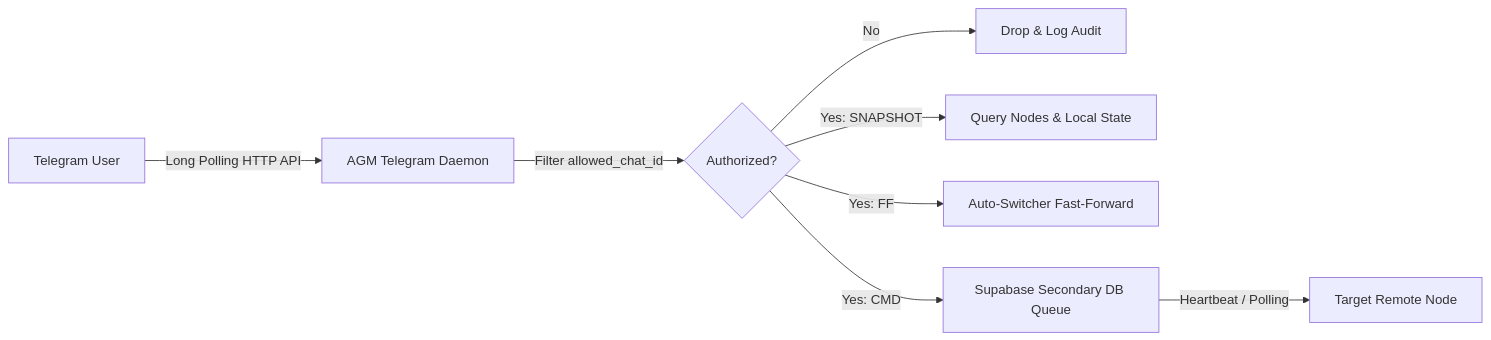
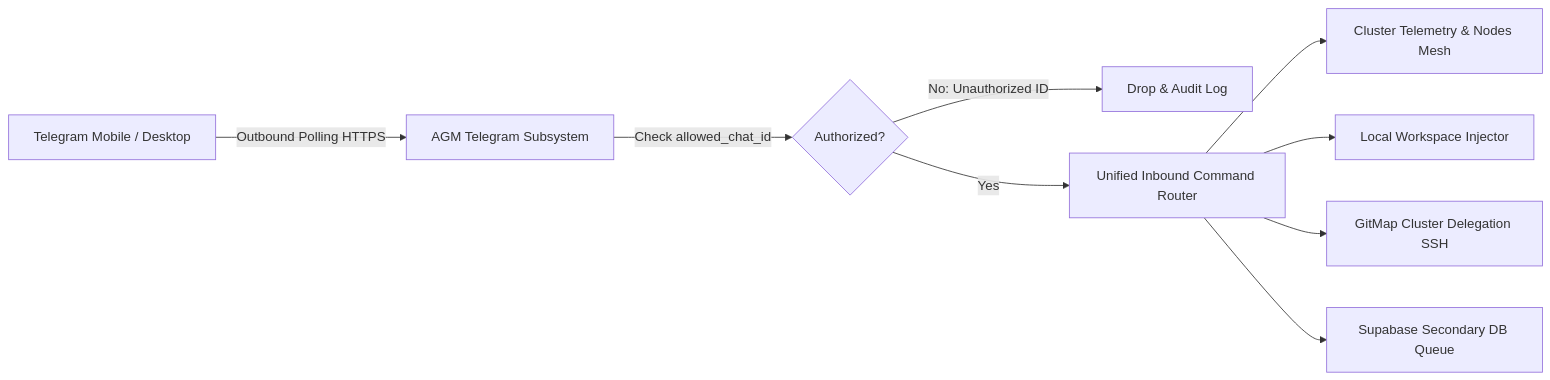
One commit to alimtvnetwork/Antigravity-Manager changed the diagram in docs/telegram-bot-guide.md. Above: the diagram before and after it, drawn with Mermaid. The commit also changed other lines of this file and 32 other files, not shown here.

Commit message:
feat(installer,telegram): eliminate upstream fork fallback, add cluster vm nodes, scoped prompts, and 4k chunking v4.83.0

````diff
--- a/docs/telegram-bot-guide.md
+++ b/docs/telegram-bot-guide.md
@@ -133,10 +124,11 @@
 ```mermaid
 flowchart LR
-    A[Telegram User] -->|Long Polling HTTP API| B[AGM Telegram Daemon]
-    B -->|Filter allowed_chat_id| C{Authorized?}
-    C -->|No| D[Drop & Log Audit]
-    C -->|Yes: SNAPSHOT| E[Query Nodes & Local State]
-    C -->|Yes: FF| F[Auto-Switcher Fast-Forward]
-    C -->|Yes: CMD| G[Supabase Secondary DB Queue]
-    G -->|Heartbeat / Polling| H[Target Remote Node]
+    A[Telegram Mobile / Desktop] -->|Outbound Polling HTTPS| B[AGM Telegram Subsystem]
+    B -->|Check allowed_chat_id| C{Authorized?}
+    C -->|No: Unauthorized ID| D[Drop & Audit Log]
+    C -->|Yes| E[Unified Inbound Command Router]
+    E --> F[Cluster Telemetry & Nodes Mesh]
+    E --> G[Local Workspace Injector]
+    E --> H[GitMap Cluster Delegation SSH]
+    E --> I[Supabase Secondary DB Queue]
 ```
````
